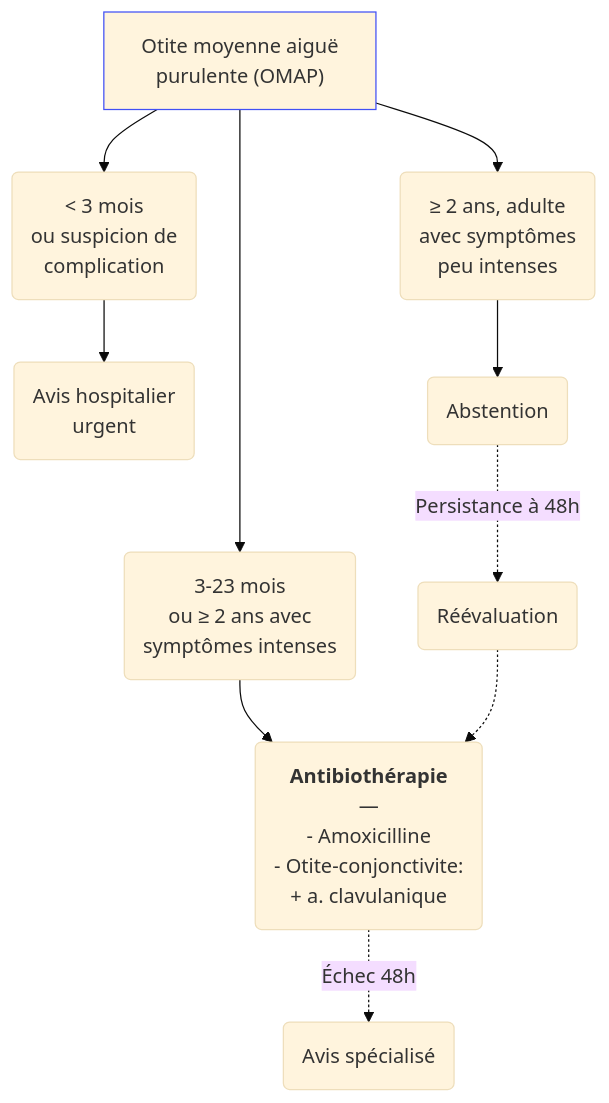
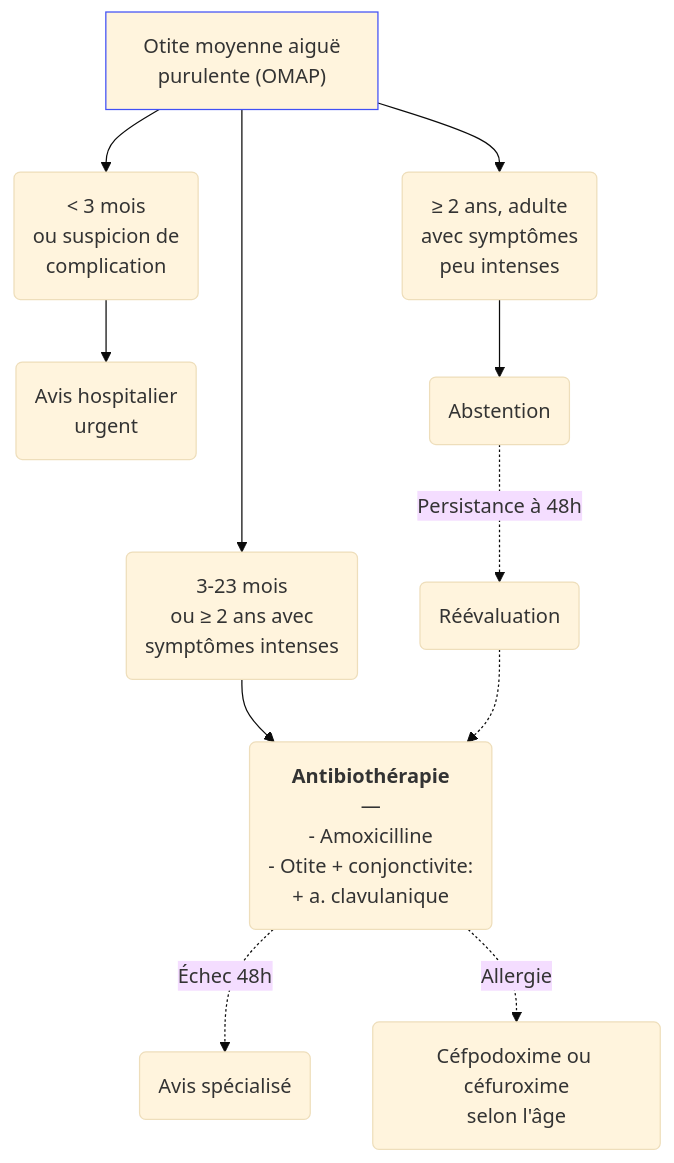
Before and after one commit to djibe/recommandations-medicales: the diagram in content/recommandations/otite-moyenne-aigue.md, drawn with Mermaid (base theme). The commit also changed other lines of this file and 13 other files, not shown here.

Commit message:
New flowcharts

```diff
--- a/content/recommandations/otite-moyenne-aigue.md
+++ b/content/recommandations/otite-moyenne-aigue.md
@@ -159,7 +159,8 @@
 {{< mermaid title="Recommandations pour la prise en charge de l'otite moyenne aiguë. Dr JB Fron d'après HAS/SPILF/GPIP 2021" >}}
 graph TB
 OMAP["Otite moyenne aiguë<br>purulente (OMAP)"] --> 3mois("&lt; 3 mois<br>ou suspicion de<br>complication") --> hôpital("Avis hospitalier<br>urgent")
 style OMAP stroke:#4150f5, stroke-width:1px
-  OMAP --> 2ans("3-23 mois<br>ou ≥ 2 ans avec<br>symptômes intenses") --> antibiothérapie("<b>Antibiothérapie</b><br>—<br>- Amoxicilline<br>- Otite-conjonctivite:<br>+ a. clavulanique") -. Échec 48h .-> spécialiste(Avis spécialisé)
+  OMAP --> 2ans("3-23 mois<br>ou ≥ 2 ans avec<br>symptômes intenses") --> antibiothérapie("<b>Antibiothérapie</b><br>—<br>- Amoxicilline<br>- Otite + conjonctivite:<br>+ a. clavulanique") -. Échec 48h .-> spécialiste(Avis spécialisé)
   OMAP --> adulte("≥ 2 ans, adulte<br>avec symptômes<br>peu intenses") --> abstention(Abstention) -. Persistance à 48h .-> réévaluation("Réévaluation") -.-> antibiothérapie
+   antibiothérapie -. Allergie .-> allergie("Céfpodoxime ou céfuroxime<br>selon l'âge")
 {{< /mermaid >}}
```
